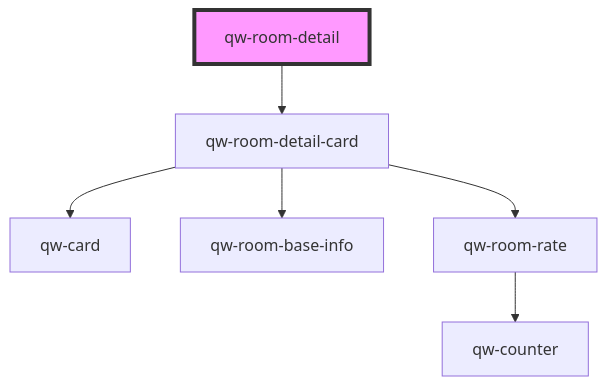
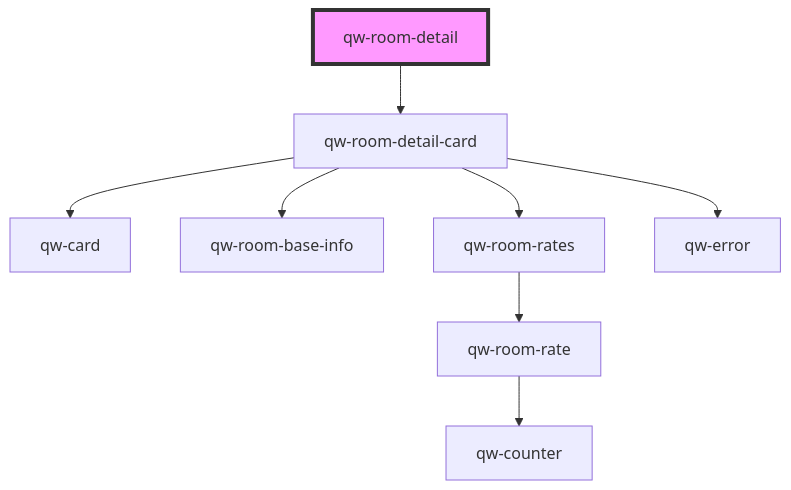
The diagram in src/components/qw-room-detail/readme.md (qwentes-team/qw-hotels), drawn with Mermaid before and after one commit. The commit also changed 24 other files, not shown here.

Commit message:
feat(room-list): type card

````diff
--- a/src/components/qw-room-detail/readme.md
+++ b/src/components/qw-room-detail/readme.md
@@ -32,9 +32,11 @@
 ```mermaid
 graph TD;
   qw-room-detail --> qw-room-detail-card
   qw-room-detail-card --> qw-card
   qw-room-detail-card --> qw-room-base-info
-  qw-room-detail-card --> qw-room-rate
+  qw-room-detail-card --> qw-room-rates
+  qw-room-detail-card --> qw-error
+  qw-room-rates --> qw-room-rate
   qw-room-rate --> qw-counter
   style qw-room-detail fill:#f9f,stroke:#333,stroke-width:4px
 ```
````
